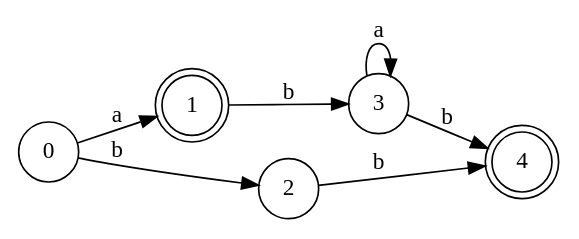
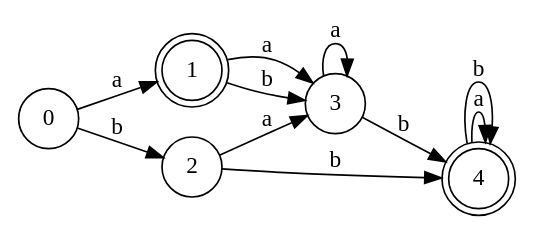
The diagram in Theorie_Langages/TP/img/automaton.dot (Nooosky/Licence3), drawn with Graphviz before and after one commit. The commit also changed 7 other files, not shown here.

```diff
--- a/Theorie_Langages/TP/img/automaton.dot
+++ b/Theorie_Langages/TP/img/automaton.dot
@@ -1,12 +1,16 @@
 digraph finite_state_machine {
 	rankdir=LR;
 	size="8,5";
 	node [shape = doublecircle]; 1 4;
 	node [shape = circle];
 	0 -> 1 [ label = "a" ];
 	0 -> 2 [ label = "b" ];
+	1 -> 3 [ label = "a" ];
 	1 -> 3 [ label = "b" ];
+	2 -> 3 [ label = "a" ];
 	2 -> 4 [ label = "b" ];
 	3 -> 3 [ label = "a" ];
 	3 -> 4 [ label = "b" ];
+	4 -> 4 [ label = "a" ];
+	4 -> 4 [ label = "b" ];
 }
```
